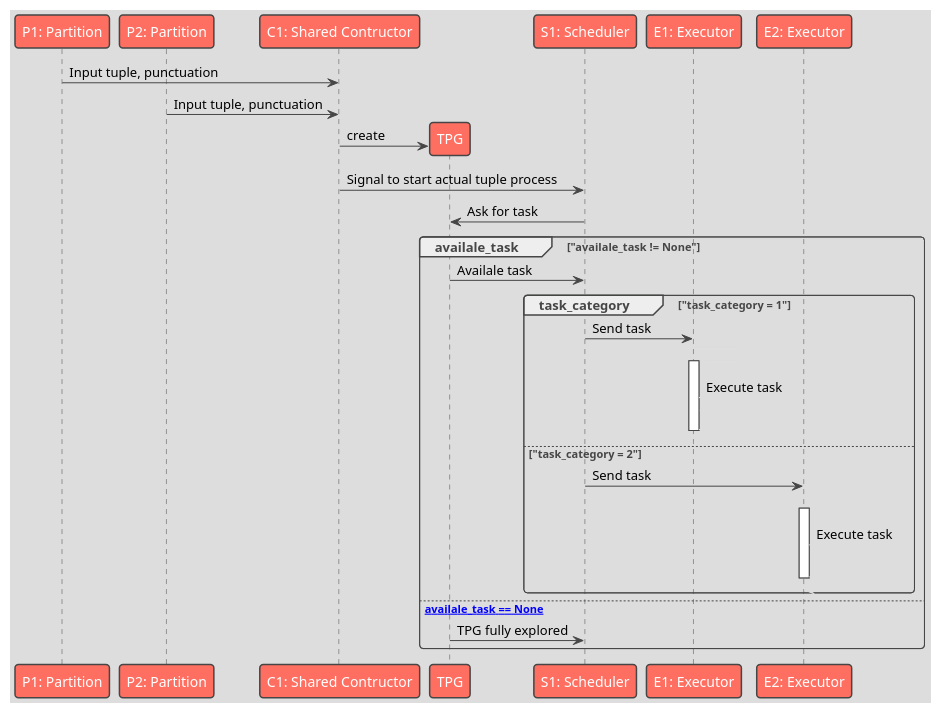
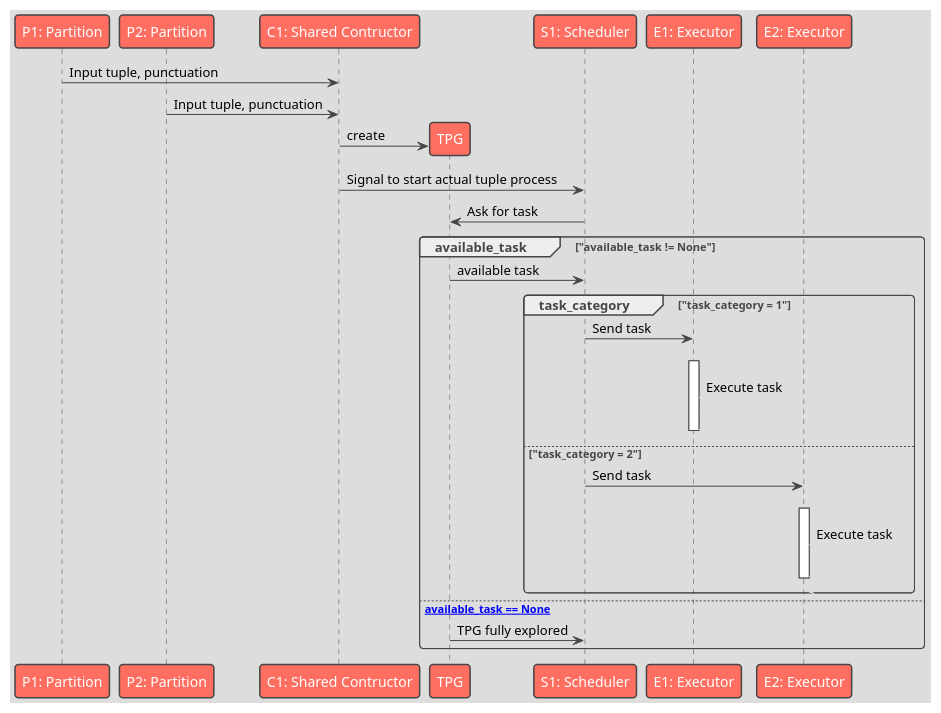
One commit to IvanFengJK/ESC_Diagrams_Plantuml changed the diagram in Cohort Execises/CE4/Q2.plantuml. Above: the diagram before and after it, drawn with PlantUML. The commit also changed 2 other files, not shown here.

```diff
--- a/Cohort Execises/CE4/Q2.plantuml
+++ b/Cohort Execises/CE4/Q2.plantuml
@@ -1,39 +1,39 @@
 @startuml Q2
 !theme toy
 
 participant "P1: Partition" as p1
 participant "P2: Partition" as p2
 participant "C1: Shared Contructor" as c1
 participant "TPG" as tpg
 participant "S1: Scheduler" as s1
 participant "E1: Executor" as e1
 participant "E2: Executor" as e2
 
 p1 -> c1 : Input tuple, punctuation
 p2 -> c1 : Input tuple, punctuation
 c1 -> tpg ** : create
 c1 -> s1 : Signal to start actual tuple process
 s1 -> tpg : Ask for task
 
-group availale_task ["availale_task != None"]
+group available_task ["available_task != None"]
 
-    tpg -> s1 : Availale task
+    tpg -> s1 : available task
     group task_category ["task_category = 1"]
         s1 -> e1 : Send task
         e1 -[#DDDDDD]> e1 ++ 
         e1 -[#DDDDDD]> e1 : Execute task
         e1 -[#DDDDDD]> e1 -- 
     else "task_category = 2"
         s1 -> e2 : Send task
         e2 -[#DDDDDD]> e2 ++ 
         e2 -[#DDDDDD]> e2 : Execute task
         e2 -[#DDDDDD]> e2 -- 
     end
 
-else ["availale_task == None"]
+else ["available_task == None"]
 
     tpg -> s1 : TPG fully explored
 
 end
 
 @enduml
```
